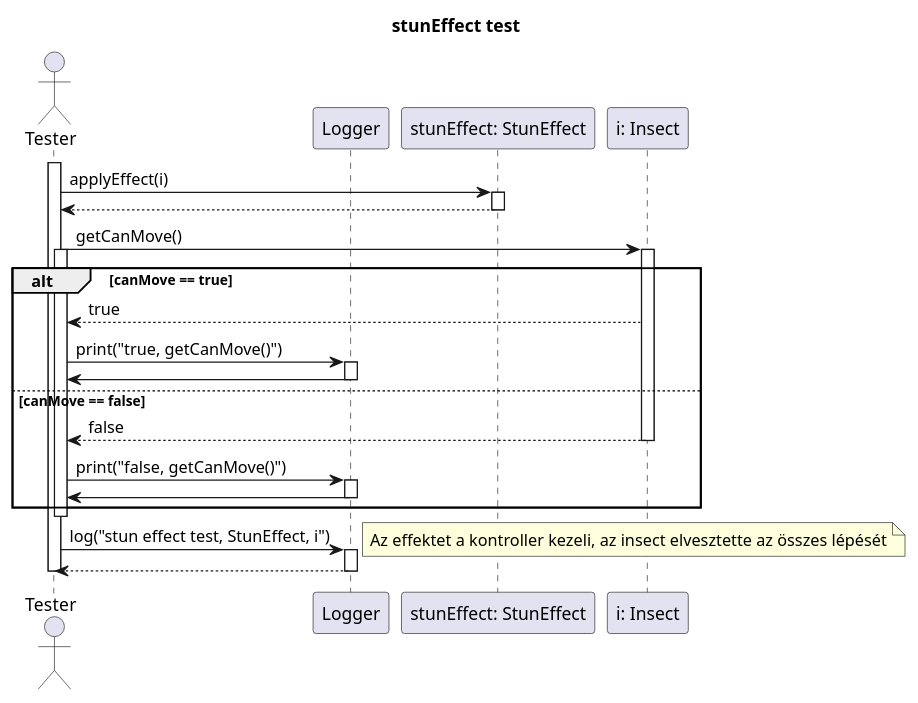
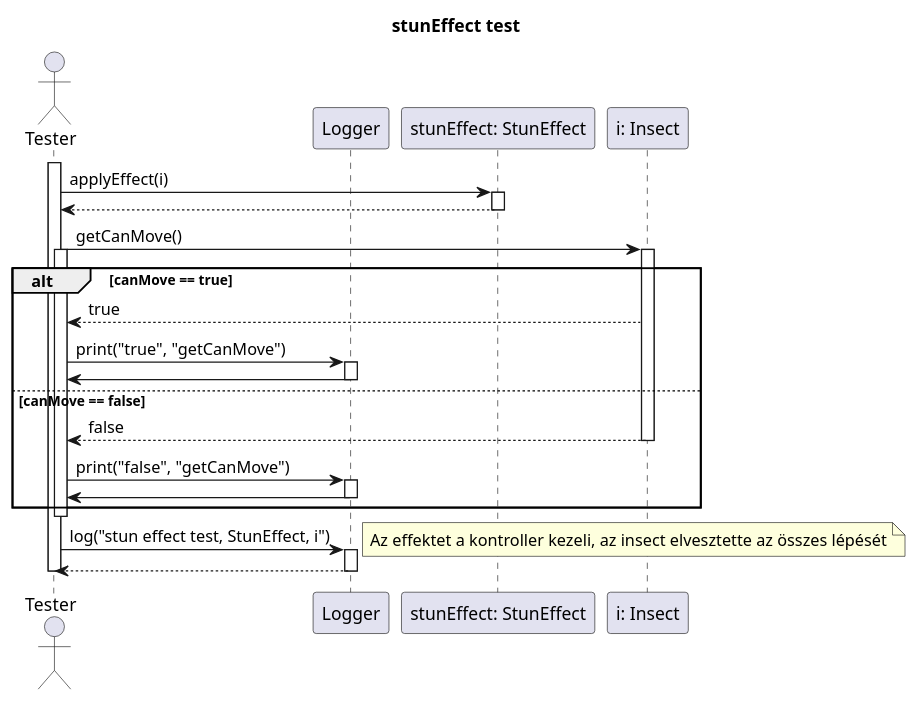
The diagram in diagrams/test-sequence/stunEffect.plantuml (dzsem/projlab), drawn with PlantUML before and after one commit.

Commit message:
Fix print syntax

```diff
--- a/diagrams/test-sequence/stunEffect.plantuml
+++ b/diagrams/test-sequence/stunEffect.plantuml
@@ -1,52 +1,52 @@
 @startuml stunEffect
 
 title stunEffect test
 
 actor Tester as tester
 
 participant "Logger" as logger
 participant "stunEffect: StunEffect" as speed
 participant "i: Insect" as insect
 
 activate tester
 
 tester -> speed: applyEffect(i)
 activate speed
 
 speed --> tester
 deactivate speed
 
 tester -> insect: getCanMove()
 activate insect
 activate tester
 
 alt canMove == true
 
 insect --> tester: true
-tester -> logger: print("true, getCanMove()")
+tester -> logger: print("true", "getCanMove")
 activate logger
 logger -> tester
 deactivate logger
 
 else canMove == false
 
 insect --> tester: false
 deactivate insect
-tester -> logger: print("false, getCanMove()")
+tester -> logger: print("false", "getCanMove")
 activate logger
 logger -> tester
 deactivate logger
 
 end
 deactivate tester
 
 tester -> logger: log("stun effect test, StunEffect, i")
 note right: Az effektet a kontroller kezeli, az insect elvesztette az összes lépését
 activate logger
 
 logger--> tester
 deactivate logger
 
 deactivate tester
 
 @enduml
```
